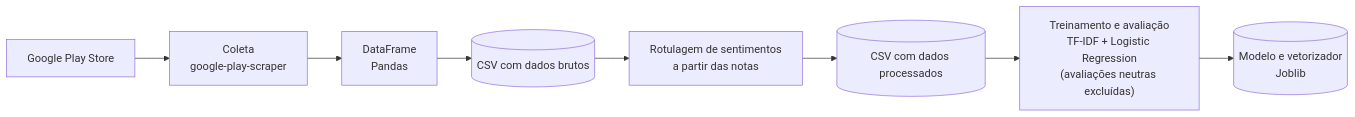
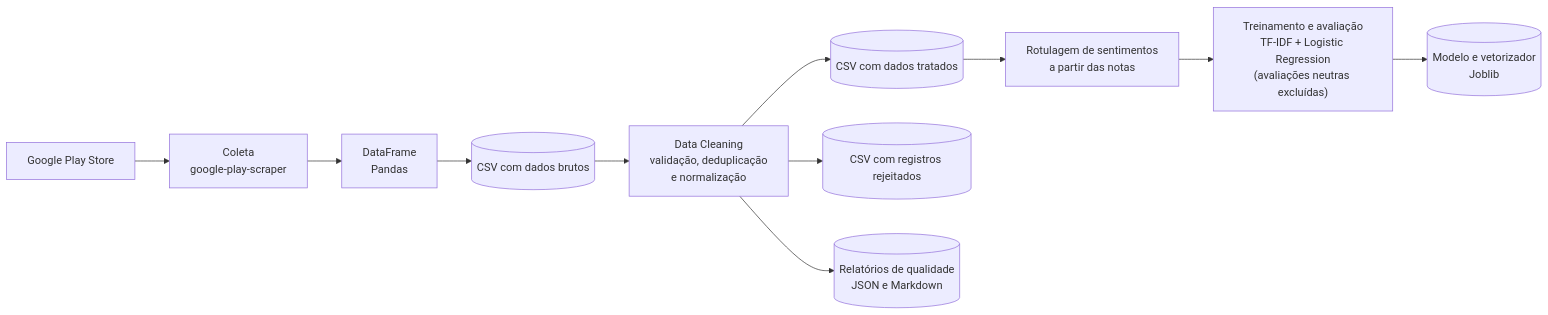
Before and after one commit to Miguellsouza/DeliveryLens-AI: the first of 2 diagrams in README.md, drawn with Mermaid. The commit also changed other lines of this file and 1 other file, not shown here.

````diff
--- a/README.md
+++ b/README.md
@@ -60,10 +50,13 @@
 ```mermaid
 flowchart LR
     A["Google Play Store"] --> B["Coleta<br/>google-play-scraper"]
     B --> C["DataFrame<br/>Pandas"]
     C --> D[("CSV com dados brutos")]
-    D --> E["Rotulagem de sentimentos<br/>a partir das notas"]
-    E --> F[("CSV com dados processados")]
+    D --> L["Data Cleaning<br/>validação, deduplicação<br/>e normalização"]
+    L --> E[("CSV com dados tratados")]
+    L --> R[("CSV com registros rejeitados")]
+    L --> Q[("Relatórios de qualidade<br/>JSON e Markdown")]
+    E --> F["Rotulagem de sentimentos<br/>a partir das notas"]
     F --> G["Treinamento e avaliação<br/>TF-IDF + Logistic Regression<br/>(avaliações neutras excluídas)"]
     G --> H[("Modelo e vetorizador<br/>Joblib")]
 ```
````
